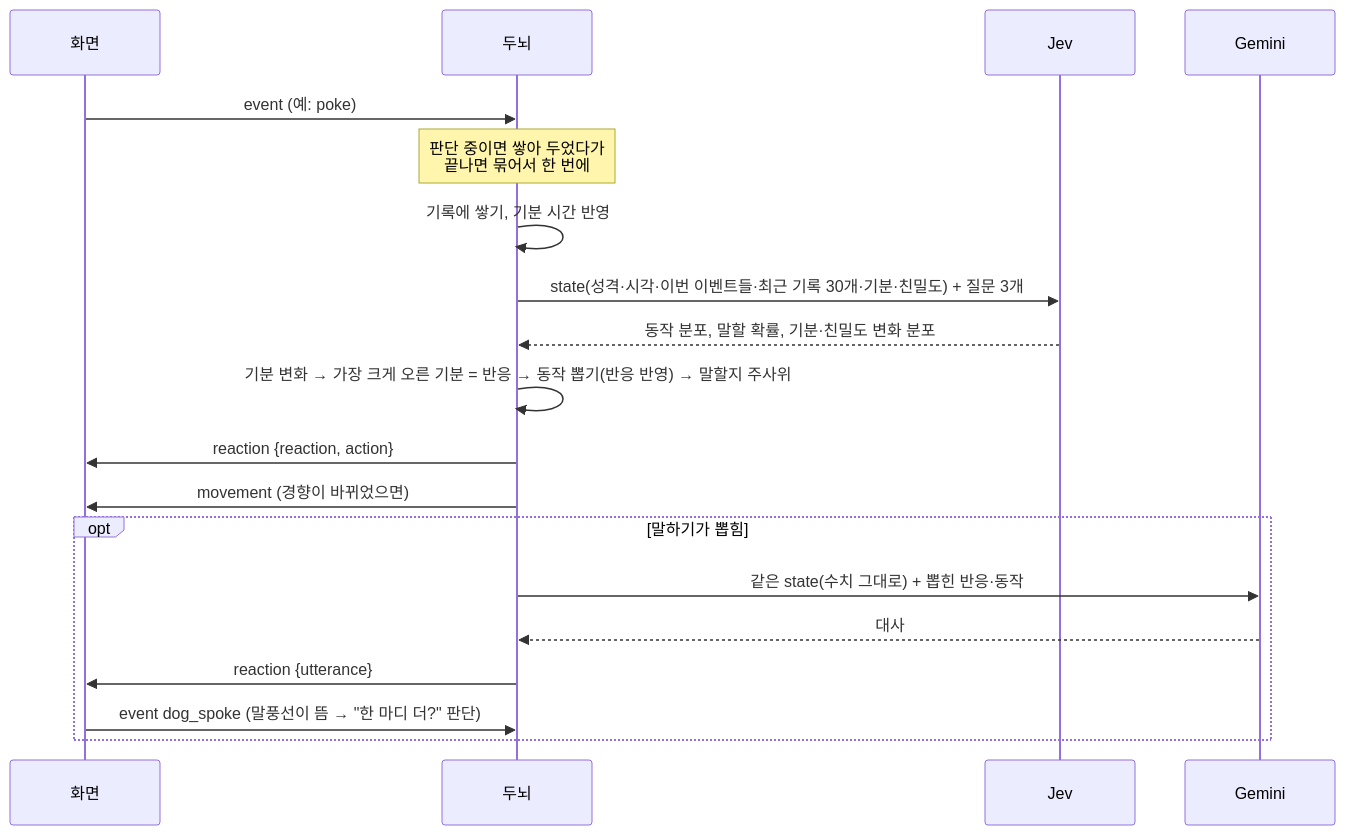
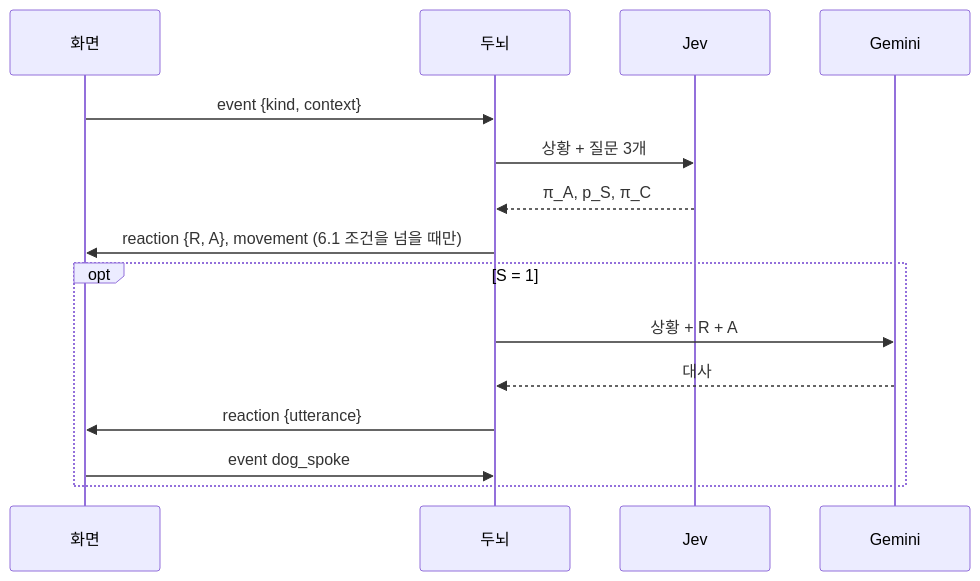
The eighth of 10 diagrams in ARCHITECTURE.md (HEOSEONGILml/AssistantChatBot), drawn with Mermaid before and after one commit. The commit also changed other lines of this file and 14 other files, not shown here.

````diff
--- a/ARCHITECTURE.md
+++ b/ARCHITECTURE.md
@@ -99,21 +311,17 @@
 ```mermaid
 sequenceDiagram
-  participant 화면
-  participant 두뇌
-  participant Jev
-  participant Gemini
-  화면->>두뇌: event (예: poke)
-  Note over 두뇌: 판단 중이면 쌓아 두었다가<br>끝나면 묶어서 한 번에
-  두뇌->>두뇌: 기록에 쌓기, 기분 시간 반영
-  두뇌->>Jev: state(성격·시각·이번 이벤트들·최근 기록 30개·기분·친밀도) + 질문 3개
-  Jev-->>두뇌: 동작 분포, 말할 확률, 기분·친밀도 변화 분포
-  두뇌->>두뇌: 기분 변화 → 가장 크게 오른 기분 = 반응 → 동작 뽑기(반응 반영) → 말할지 주사위
-  두뇌->>화면: reaction {reaction, action}
-  두뇌->>화면: movement (경향이 바뀌었으면)
-  opt 말하기가 뽑힘
-    두뇌->>Gemini: 같은 state(수치 그대로) + 뽑힌 반응·동작
-    Gemini-->>두뇌: 대사
-    두뇌->>화면: reaction {utterance}
-    화면->>두뇌: event dog_spoke (말풍선이 뜸 → "한 마디 더?" 판단)
+  participant S as 화면
+  participant B as 두뇌
+  participant J as Jev
+  participant G as Gemini
+  S->>B: event {kind, context}
+  B->>J: 상황 + 질문 3개
+  J-->>B: π_A, p_S, π_C
+  B->>S: reaction {R, A}, movement (6.1 조건을 넘을 때만)
+  opt S = 1
+    B->>G: 상황 + R + A
+    G-->>B: 대사
+    B->>S: reaction {utterance}
+    S->>B: event dog_spoke
   end
 ```
````
